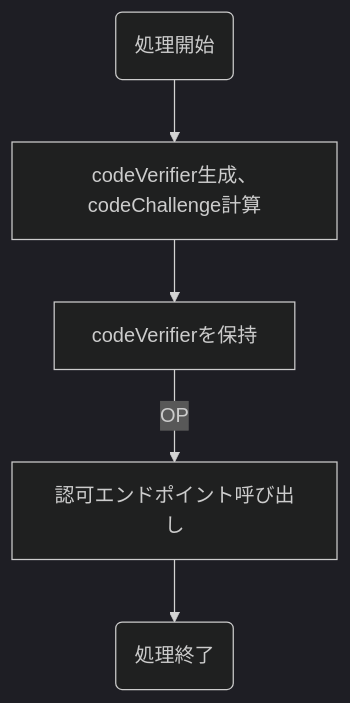
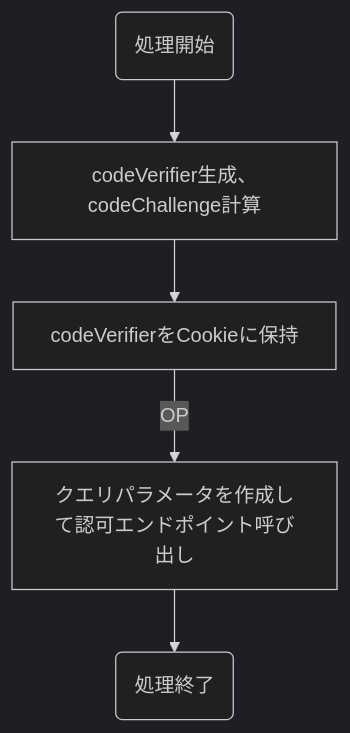
The diagram in docs/business-flow/rp/Authorization-redirect.md (nob-islan/nob-openid-connect), drawn with Mermaid before and after one commit. The commit also changed 6 other files, not shown here.

````diff
--- a/docs/business-flow/rp/Authorization-redirect.md
+++ b/docs/business-flow/rp/Authorization-redirect.md
@@ -3,8 +3,8 @@
 ```mermaid
 %%{init:{'theme':'dark'}}%%
 graph TD;
     A(処理開始) --> B[codeVerifier生成、codeChallenge計算]
-    B --> C[codeVerifierを保持]
-    C --> |OP| D[認可エンドポイント呼び出し]
+    B --> C[codeVerifierをCookieに保持]
+    C --> |OP| D[クエリパラメータを作成して認可エンドポイント呼び出し]
     D --> E(処理終了)
 ```
````
